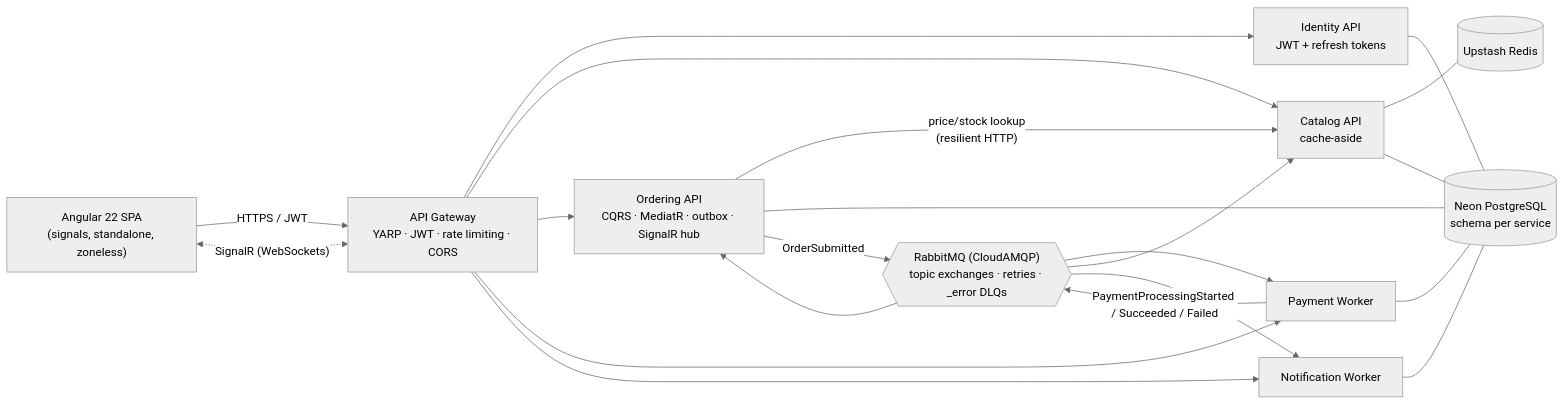
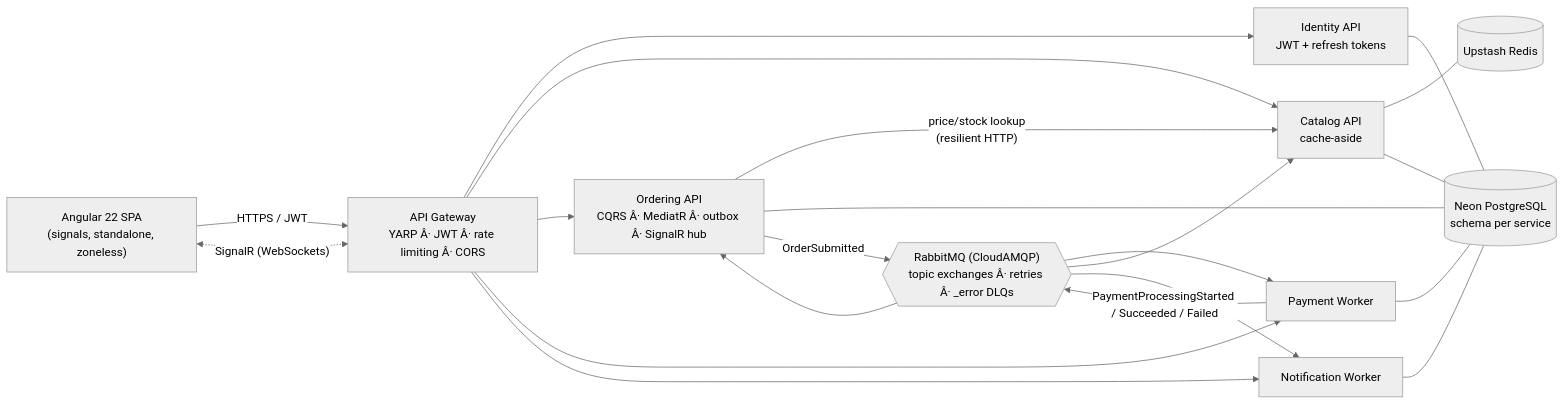
Before and after one commit to Meetulsingh/Orderflow: the first of 2 diagrams in README.md, drawn with Mermaid (neutral theme). The commit also changed other lines of this file and 27 other files, not shown here.

````diff
--- a/README.md
+++ b/README.md
@@ -20,18 +20,18 @@
 ```mermaid
 flowchart LR
     UI["Angular 22 SPA<br/>(signals, standalone, zoneless)"] -- HTTPS / JWT --> GW
     UI <-. "SignalR (WebSockets)" .-> GW
-    GW["API Gateway<br/>YARP · JWT · rate limiting · CORS"]
+    GW["API Gateway<br/>YARP Â· JWT Â· rate limiting Â· CORS"]
     GW --> ID["Identity API<br/>JWT + refresh tokens"]
     GW --> CAT["Catalog API<br/>cache-aside"]
-    GW --> ORD["Ordering API<br/>CQRS · MediatR · outbox · SignalR hub"]
+    GW --> ORD["Ordering API<br/>CQRS Â· MediatR Â· outbox Â· SignalR hub"]
     GW --> PAY["Payment Worker"]
     GW --> NOT["Notification Worker"]
     ORD -- "price/stock lookup<br/>(resilient HTTP)" --> CAT
     CAT --- REDIS[("Upstash Redis")]
     ID & CAT & ORD & PAY & NOT --- PG[("Neon PostgreSQL<br/>schema per service")]
-    ORD -- OrderSubmitted --> MQ{{"RabbitMQ (CloudAMQP)<br/>topic exchanges · retries · _error DLQs"}}
+    ORD -- OrderSubmitted --> MQ{{"RabbitMQ (CloudAMQP)<br/>topic exchanges Â· retries Â· _error DLQs"}}
     MQ --> PAY
     PAY -- "PaymentProcessingStarted / Succeeded / Failed" --> MQ
     MQ --> ORD & CAT & NOT
 ```
````
